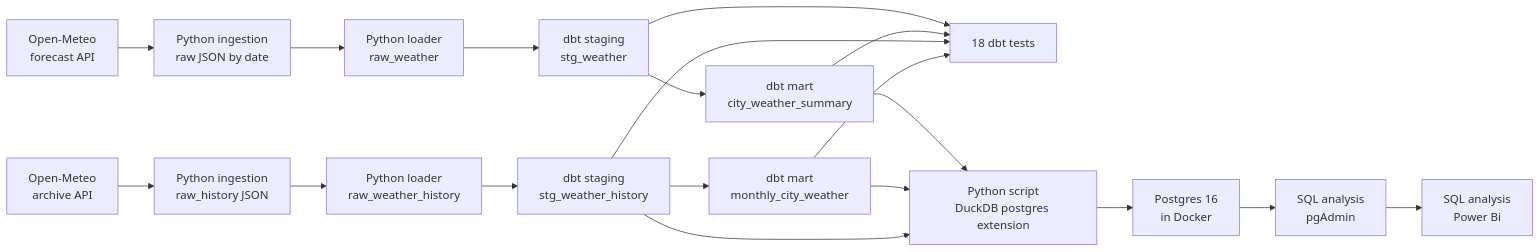
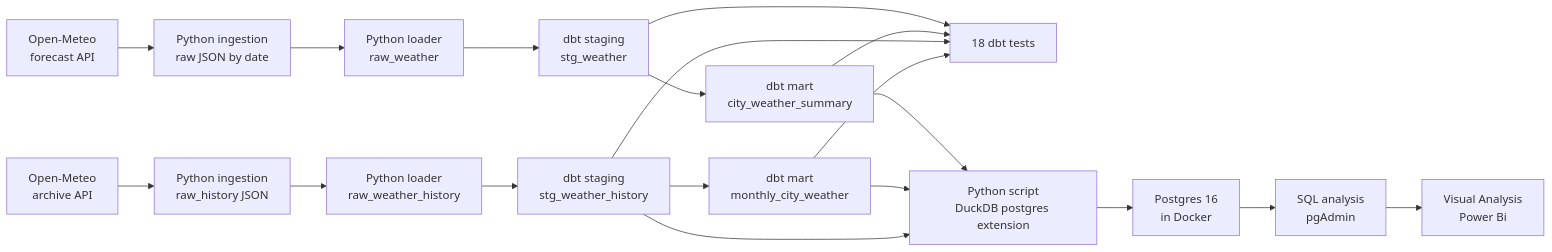
The diagram in README.md (Badmosa/Weather-Pipeline), drawn with Mermaid before and after one commit.

Commit message:
Update SQL visual analysis reference in README

````diff
--- a/README.md
+++ b/README.md
@@ -18,24 +18,24 @@
 ```mermaid
 flowchart LR
     A[Open-Meteo<br/>forecast API] --> B[Python ingestion<br/>raw JSON by date]
     B --> C[Python loader<br/>raw_weather]
     C --> D[dbt staging<br/>stg_weather]
     D --> E[dbt mart<br/>city_weather_summary]
 
     H[Open-Meteo<br/>archive API] --> I[Python ingestion<br/>raw_history JSON]
     I --> J[Python loader<br/>raw_weather_history]
     J --> K[dbt staging<br/>stg_weather_history]
     K --> L[dbt mart<br/>monthly_city_weather]
 
     D --> T[18 dbt tests]
     E --> T
     K --> T
     L --> T
 
     E --> P[Python script<br/>DuckDB postgres extension]
     L --> P
     K --> P
     P --> Q[Postgres 16<br/>in Docker]
     Q --> R[SQL analysis<br/>pgAdmin]
-    R --> S[SQL analysis<br/>Power Bi]
+    R --> S[Visual Analysis<br/>Power Bi]
 ```
````
